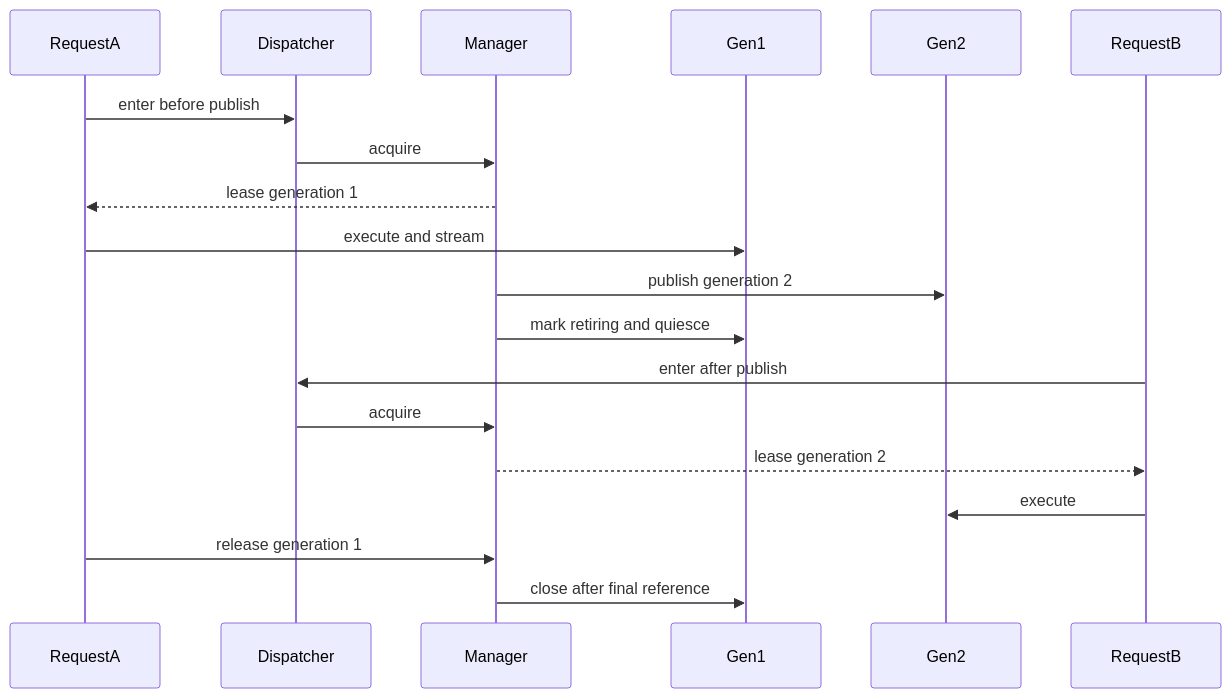
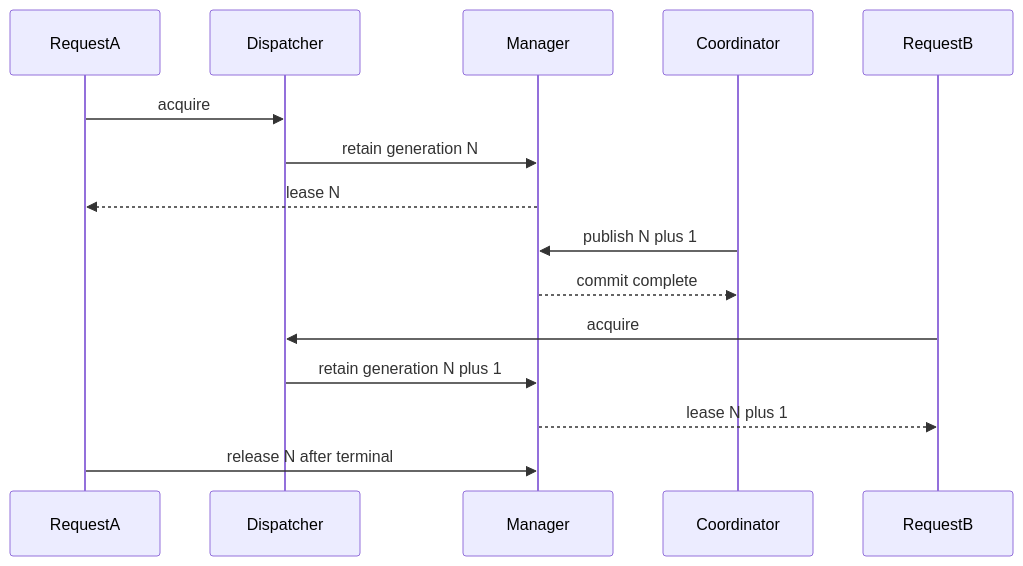
Before and after one commit to matdev83/go-llm-interactive-proxy: the fifth of 6 diagrams in .kiro/specs/versioned-runtime-reloadable-proxy-configuration/design.md, drawn with Mermaid. The commit also changed other lines of this file, not shown here.

Commit message:
spec: correct runtime reload design after review

````diff
--- a/.kiro/specs/versioned-runtime-reloadable-proxy-configuration/design.md
+++ b/.kiro/specs/versioned-runtime-reloadable-proxy-configuration/design.md
@@ -715,22 +719,18 @@
 ```mermaid
 sequenceDiagram
     participant RequestA
     participant Dispatcher
     participant Manager
-    participant Gen1
-    participant Gen2
+    participant Coordinator
     participant RequestB
 
-    RequestA->>Dispatcher: enter before publish
-    Dispatcher->>Manager: acquire
-    Manager-->>RequestA: lease generation 1
-    RequestA->>Gen1: execute and stream
-    Manager->>Gen2: publish generation 2
-    Manager->>Gen1: mark retiring and quiesce
-    RequestB->>Dispatcher: enter after publish
-    Dispatcher->>Manager: acquire
-    Manager-->>RequestB: lease generation 2
-    RequestB->>Gen2: execute
-    RequestA->>Manager: release generation 1
-    Manager->>Gen1: close after final reference
+    RequestA->>Dispatcher: acquire
+    Dispatcher->>Manager: retain generation N
+    Manager-->>RequestA: lease N
+    Coordinator->>Manager: publish N plus 1
+    Manager-->>Coordinator: commit complete
+    RequestB->>Dispatcher: acquire
+    Dispatcher->>Manager: retain generation N plus 1
+    Manager-->>RequestB: lease N plus 1
+    RequestA->>Manager: release N after terminal
 ```
````
